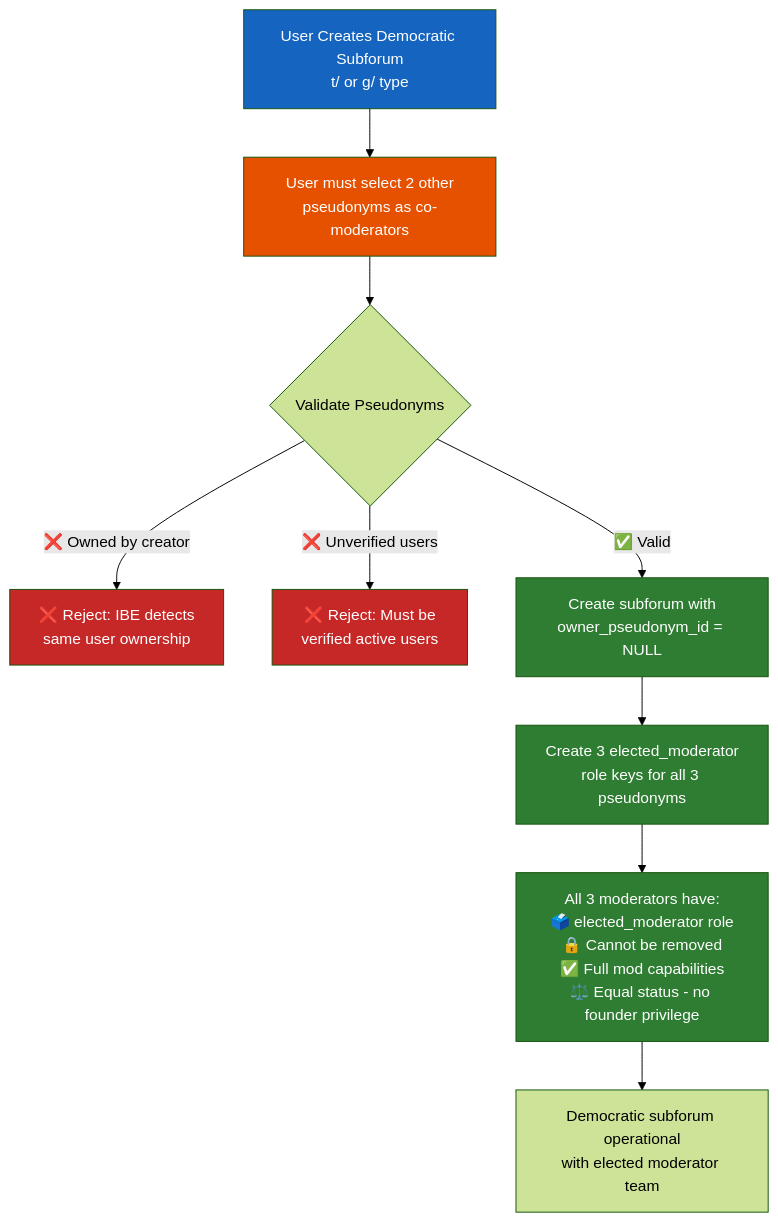
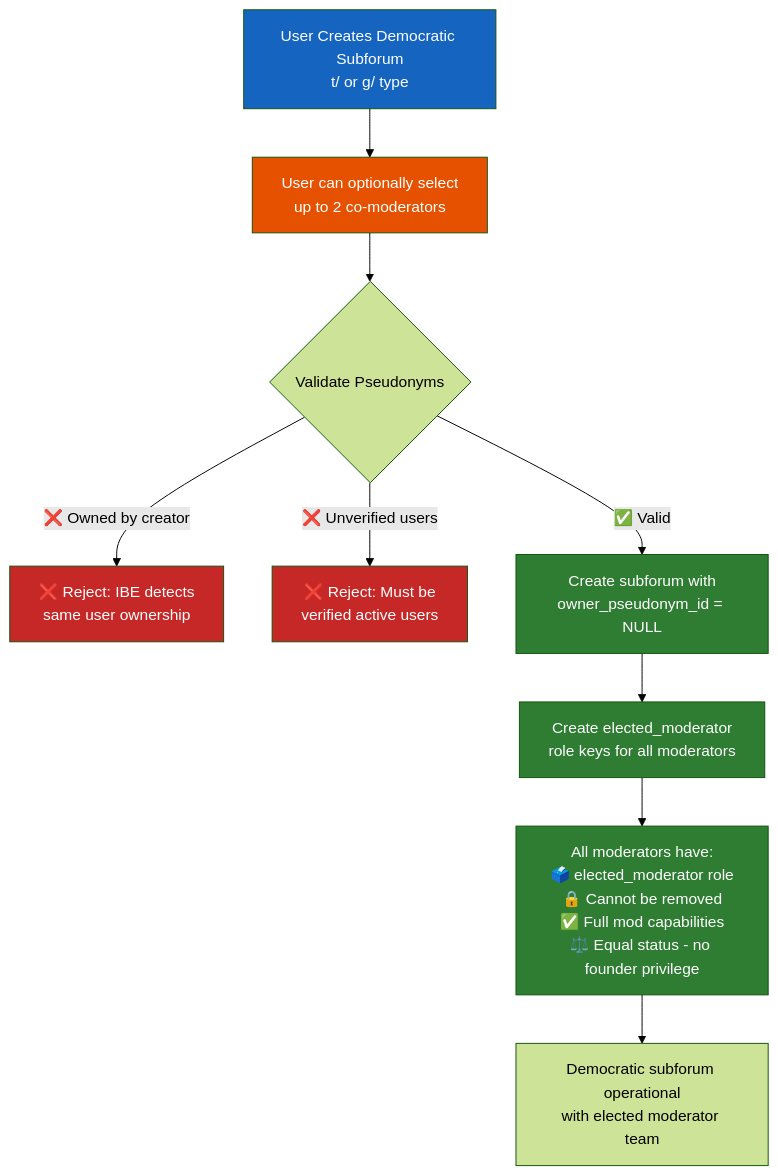
The first of 3 diagrams in docs/designs/democratic-governance.md (matt0x6F/hashpost), drawn with Mermaid (forest theme) before and after one commit. The commit also changed other lines of this file and 7 other files, not shown here.

````diff
--- a/docs/designs/democratic-governance.md
+++ b/docs/designs/democratic-governance.md
@@ -30,25 +30,25 @@
 ```mermaid
 graph TD
     %% Democratic Subforum Creation Flow
-    A[User Creates Democratic Subforum<br/>t/ or g/ type] --> B[User must select 2 other<br/>pseudonyms as co-moderators]
+    A[User Creates Democratic Subforum<br/>t/ or g/ type] --> B[User can optionally select<br/>up to 2 co-moderators]
     
     B --> C{Validate Pseudonyms}
     C -->|❌ Owned by creator| D[❌ Reject: IBE detects<br/>same user ownership]
     C -->|❌ Unverified users| E[❌ Reject: Must be<br/>verified active users]
     C -->|✅ Valid| F[Create subforum with<br/>owner_pseudonym_id = NULL]
     
-    F --> G[Create 3 elected_moderator<br/>role keys for all 3 pseudonyms]
+    F --> G[Create elected_moderator<br/>role keys for all moderators]
     
-    G --> H[All 3 moderators have:<br/>🗳️ elected_moderator role<br/>🔒 Cannot be removed<br/>✅ Full mod capabilities<br/>⚖️ Equal status - no founder privilege]
+    G --> H[All moderators have:<br/>🗳️ elected_moderator role<br/>🔒 Cannot be removed<br/>✅ Full mod capabilities<br/>⚖️ Equal status - no founder privilege]
     
     H --> I[Democratic subforum operational<br/>with elected moderator team]
     
     style A fill:#1565c0,color:#fff
     style B fill:#e65100,color:#fff
     style D fill:#c62828,color:#fff
     style E fill:#c62828,color:#fff
     style F fill:#2e7d32,color:#fff
     style G fill:#2e7d32,color:#fff
     style H fill:#2e7d32,color:#fff
 
 ```
````
